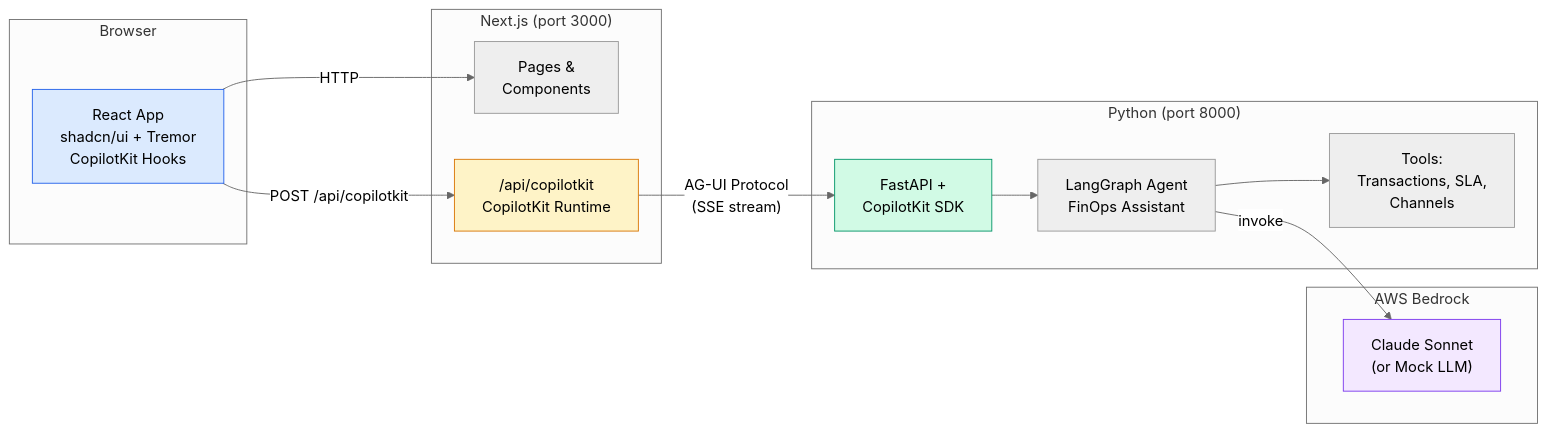
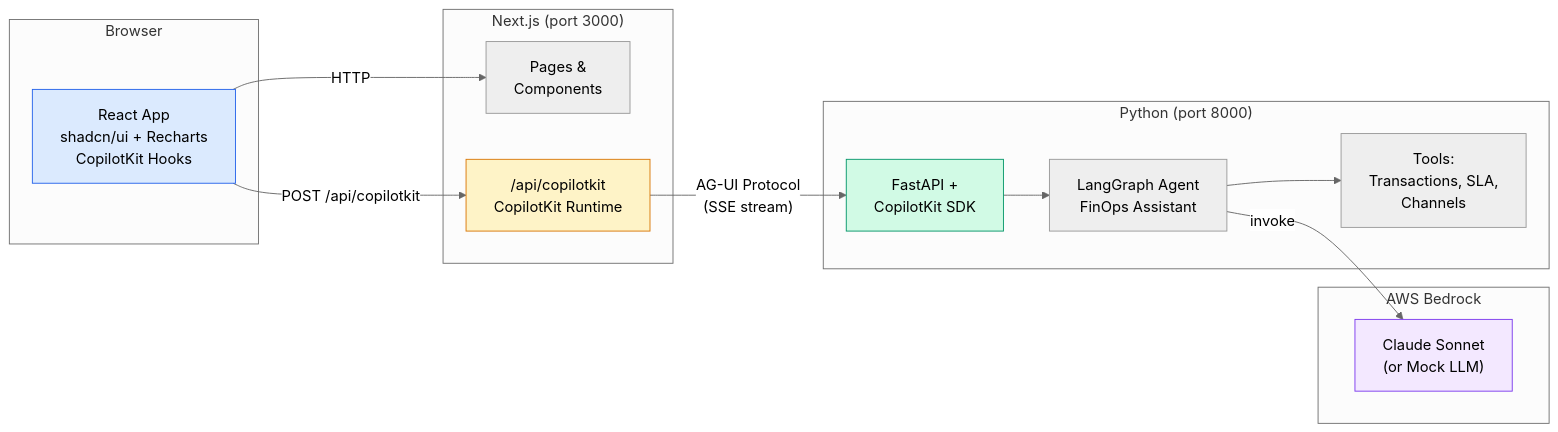
One commit to srsubramanian/ag-starter changed the diagram in README.md. Above: the diagram before and after it, drawn with Mermaid (neutral theme). The commit also changed other lines of this file and 6 other files, not shown here.

````diff
--- a/README.md
+++ b/README.md
@@ -7,33 +7,33 @@
 ```mermaid
 graph LR
     subgraph Browser
-        A[React App<br/>shadcn/ui + Tremor<br/>CopilotKit Hooks]
+        A[React App<br/>shadcn/ui + Recharts<br/>CopilotKit Hooks]
     end
 
     subgraph "Next.js (port 3000)"
         B[Pages &<br/>Components]
         C["/api/copilotkit<br/>CopilotKit Runtime"]
     end
 
     subgraph "Python (port 8000)"
         D[FastAPI +<br/>CopilotKit SDK]
         E[LangGraph Agent<br/>FinOps Assistant]
         F[Tools:<br/>Transactions, SLA,<br/>Channels]
     end
 
     subgraph "AWS Bedrock"
         G["Claude Sonnet<br/>(or Mock LLM)"]
     end
 
     A -->|"HTTP"| B
     A -->|"POST /api/copilotkit"| C
     C -->|"AG-UI Protocol<br/>(SSE stream)"| D
     D --> E
     E --> F
     E -->|"invoke"| G
 
     style A fill:#dbeafe,stroke:#2563eb
     style C fill:#fef3c7,stroke:#d97706
     style D fill:#d1fae5,stroke:#059669
     style G fill:#f3e8ff,stroke:#7c3aed
 ```
````
